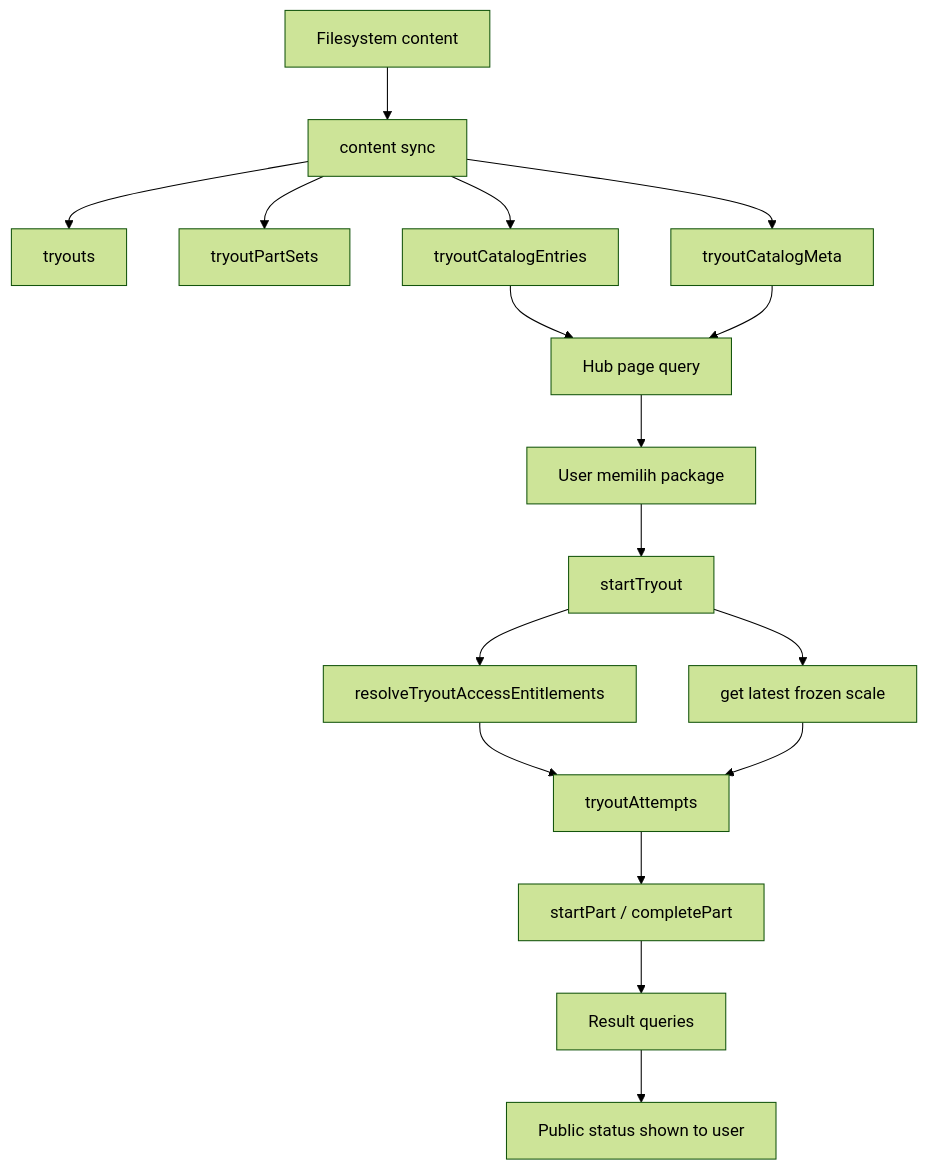
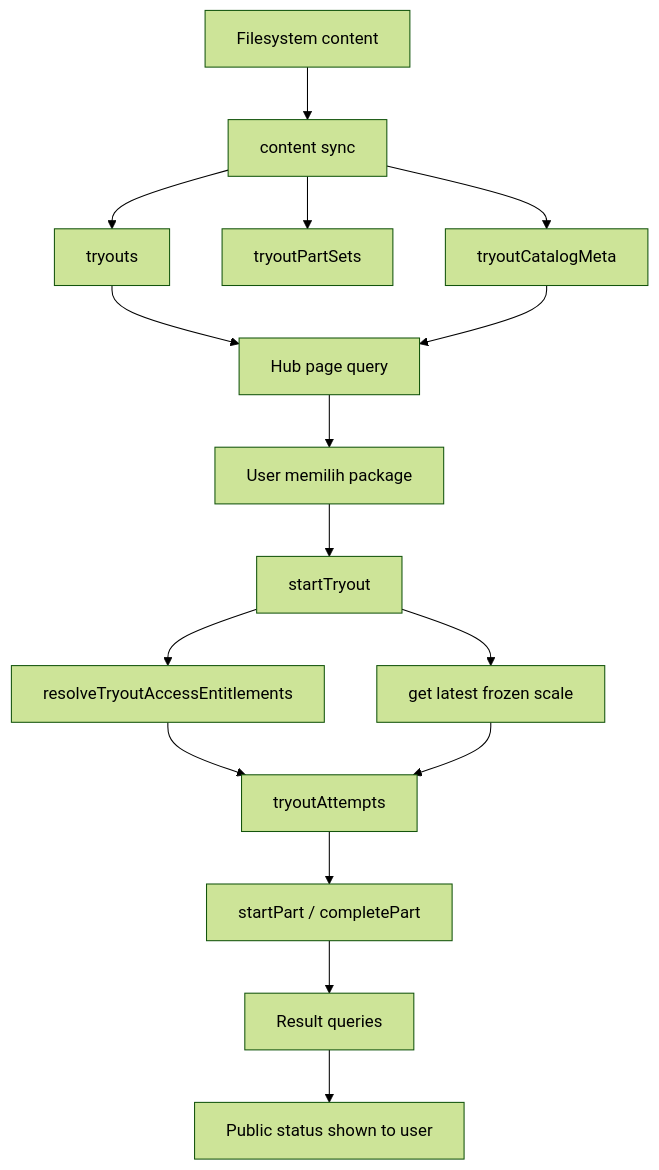
Before and after one commit to nakafaai/nakafa.com: the first of 2 diagrams in packages/backend/convex/tryouts/docs/ARCHITECTURE.id.md, drawn with Mermaid (forest theme). The commit also changed other lines of this file and 23 other files, not shown here.

First line of the commit message:
Remove tryoutCatalogEntries read model

````diff
--- a/packages/backend/convex/tryouts/docs/ARCHITECTURE.id.md
+++ b/packages/backend/convex/tryouts/docs/ARCHITECTURE.id.md
@@ -200,19 +199,18 @@
 ```mermaid
 flowchart TD
     A[Filesystem content] --> B[content sync]
     B --> C[tryouts]
     B --> D[tryoutPartSets]
-    B --> E[tryoutCatalogEntries]
-    B --> F[tryoutCatalogMeta]
-    E --> G[Hub page query]
-    F --> G
+    B --> E[tryoutCatalogMeta]
+    C --> G[Hub page query]
+    E --> G
     G --> H[User memilih package]
     H --> I[startTryout]
     I --> J[resolveTryoutAccessEntitlements]
     I --> K[get latest frozen scale]
     J --> L[tryoutAttempts]
     K --> L
     L --> M[startPart / completePart]
     M --> N[Result queries]
     N --> O[Public status shown to user]
 ```
````
